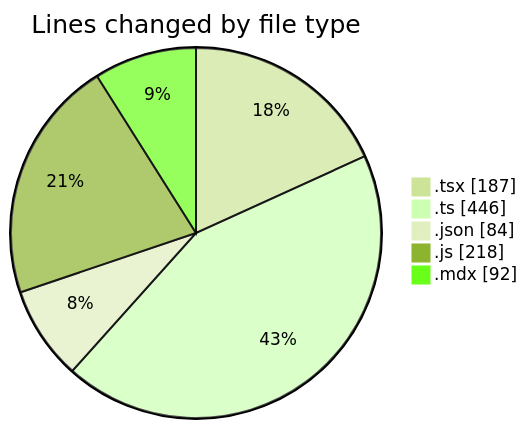
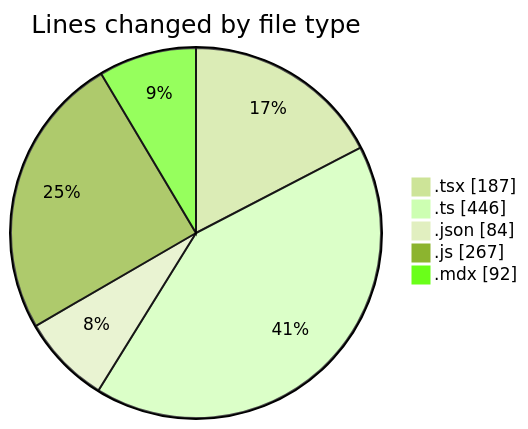
The first of 2 diagrams in 2026-03-30/cda/README.md (momahboobian/code-tracking), drawn with Mermaid (forest theme) before and after one commit. The commit also changed other lines of this file and 1 other file, not shown here.

````diff
--- a/2026-03-30/cda/README.md
+++ b/2026-03-30/cda/README.md
@@ -24,9 +24,9 @@
 ```mermaid
 pie showData
 title Lines changed by file type
 ".tsx" : 187
 ".ts" : 446
 ".json" : 84
-".js" : 218
+".js" : 267
 ".mdx" : 92
 ```
````
